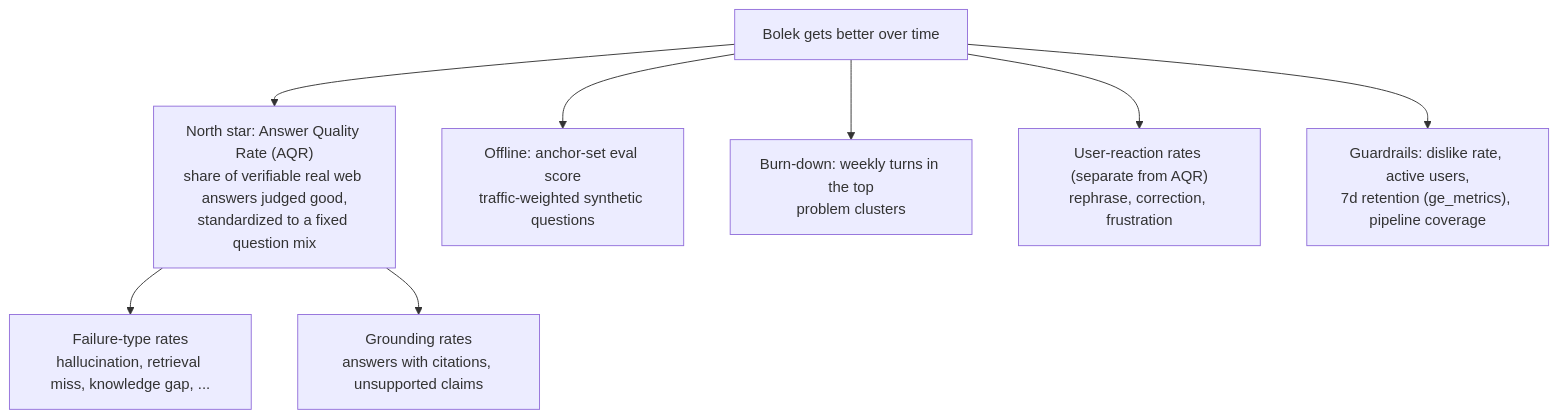
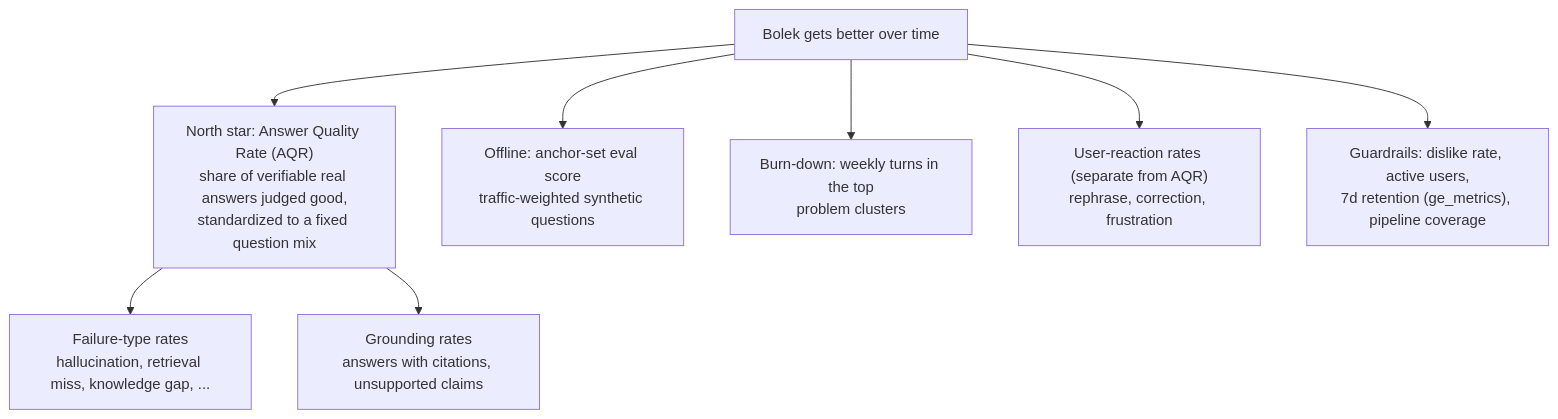
One commit to pborkowski-rtbh/conversation-analyzer changed the first of 8 diagrams in design.md. Above: the diagram before and after it, drawn with Mermaid. The commit also changed other lines of this file and 6 other files, not shown here.

````diff
--- a/design.md
+++ b/design.md
@@ -31,10 +31,10 @@
 ```mermaid
 flowchart TD
-    G["Bolek gets better over time"] --> N["North star: Answer Quality Rate (AQR)<br/>share of verifiable real web answers judged good,<br/>standardized to a fixed question mix"]
+    G["Bolek gets better over time"] --> N["North star: Answer Quality Rate (AQR)<br/>share of verifiable real answers judged good,<br/>standardized to a fixed question mix"]
     G --> O["Offline: anchor-set eval score<br/>traffic-weighted synthetic questions"]
     G --> B["Burn-down: weekly turns in the top<br/>problem clusters"]
     N --> D1["Failure-type rates<br/>hallucination, retrieval miss, knowledge gap, ..."]
     G --> D2["User-reaction rates (separate from AQR)<br/>rephrase, correction, frustration"]
     N --> D3["Grounding rates<br/>answers with citations, unsupported claims"]
     G --> GR["Guardrails: dislike rate, active users,<br/>7d retention (ge_metrics), pipeline coverage"]
 ```
````
